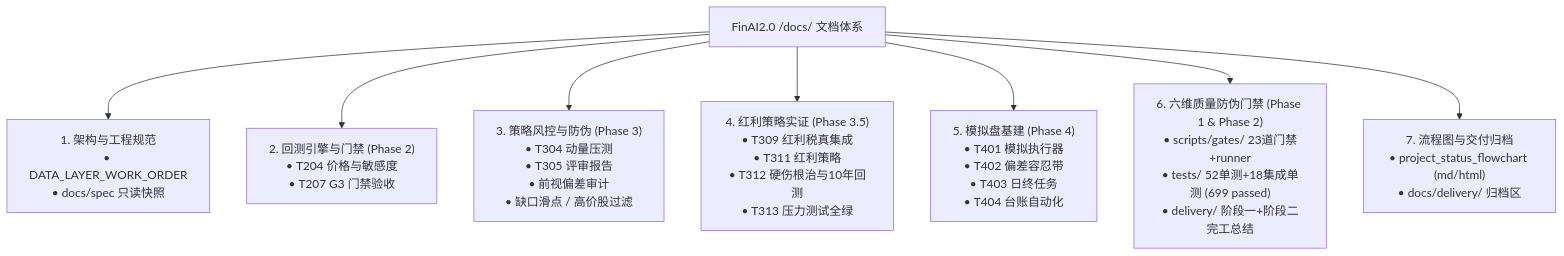
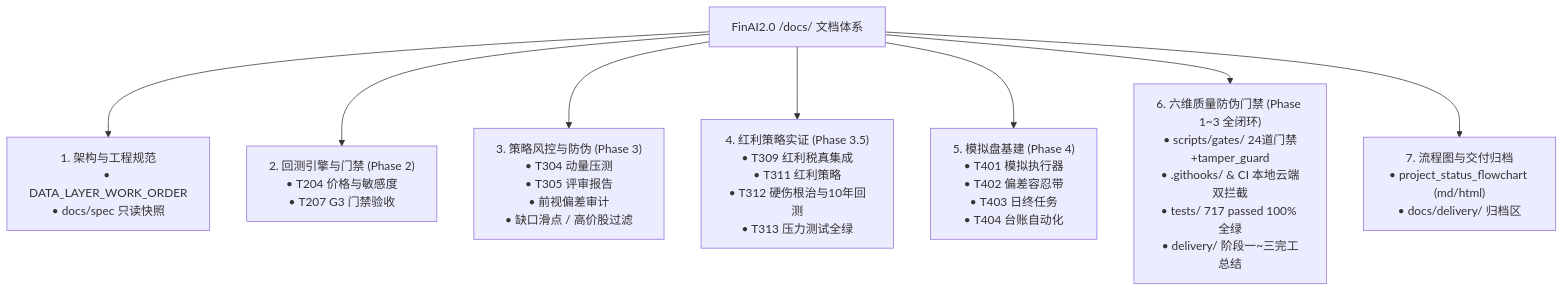
One commit to YZml1507/FinAI2.0 changed the diagram in docs/README.md. Above: the diagram before and after it, drawn with Mermaid. The commit also changed other lines of this file and 16 other files, not shown here.

Commit message:
feat(gates): complete phase 3 anti-fraud hardening with git hooks and tamper signatures (717 passed)

````diff
--- a/docs/README.md
+++ b/docs/README.md
@@ -11,12 +11,12 @@
 ```mermaid
 flowchart TD
   DOCS["FinAI2.0 /docs/ 文档体系"]
   
   DOCS --> D1["1. 架构与工程规范<br/>• DATA_LAYER_WORK_ORDER<br/>• docs/spec 只读快照"]
   DOCS --> D2["2. 回测引擎与门禁 (Phase 2)<br/>• T204 价格与敏感度<br/>• T207 G3 门禁验收"]
   DOCS --> D3["3. 策略风控与防伪 (Phase 3)<br/>• T304 动量压测<br/>• T305 评审报告<br/>• 前视偏差审计<br/>• 缺口滑点 / 高价股过滤"]
   DOCS --> D4["4. 红利策略实证 (Phase 3.5)<br/>• T309 红利税真集成<br/>• T311 红利策略<br/>• T312 硬伤根治与10年回测<br/>• T313 压力测试全绿"]
   DOCS --> D5["5. 模拟盘基建 (Phase 4)<br/>• T401 模拟执行器<br/>• T402 偏差容忍带<br/>• T403 日终任务<br/>• T404 台账自动化"]
-  DOCS --> D6["6. 六维质量防伪门禁 (Phase 1 & Phase 2)<br/>• scripts/gates/ 23道门禁+runner<br/>• tests/ 52单测+18集成单测 (699 passed)<br/>• delivery/ 阶段一+阶段二完工总结"]
+  DOCS --> D6["6. 六维质量防伪门禁 (Phase 1~3 全闭环)<br/>• scripts/gates/ 24道门禁+tamper_guard<br/>• .githooks/ & CI 本地云端双拦截<br/>• tests/ 717 passed 100% 全绿<br/>• delivery/ 阶段一~三完工总结"]
   DOCS --> D7["7. 流程图与交付归档<br/>• project_status_flowchart (md/html)<br/>• docs/delivery/ 归档区"]
 ```
````
